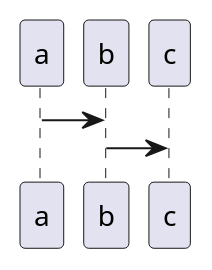
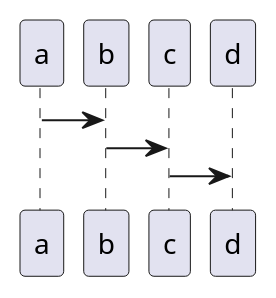
One commit to yabuki/upgraded-octo-waffle changed the diagram in source/OverView.rst. Above: the diagram before and after it, drawn with PlantUML.

Commit message:
Added sample

```diff
--- a/source/OverView.rst
+++ b/source/OverView.rst
@@ -10,4 +10,5 @@
 .. uml::
 
    a->b
    b->c
+   c->d
```
